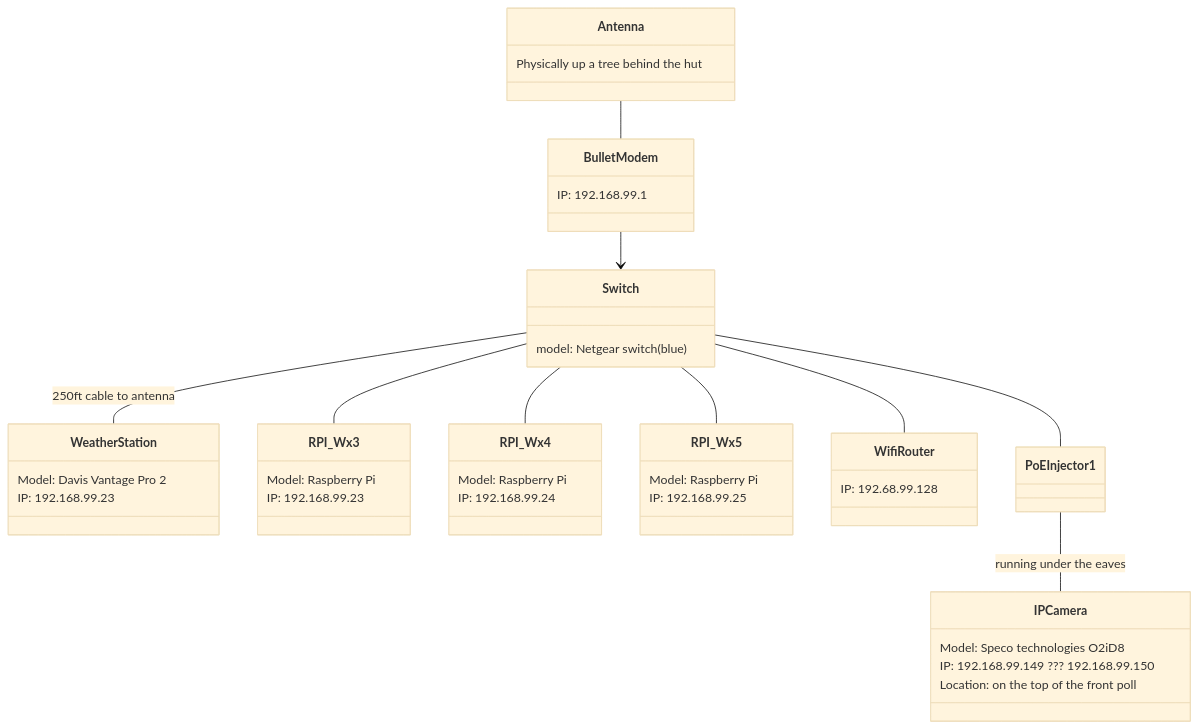
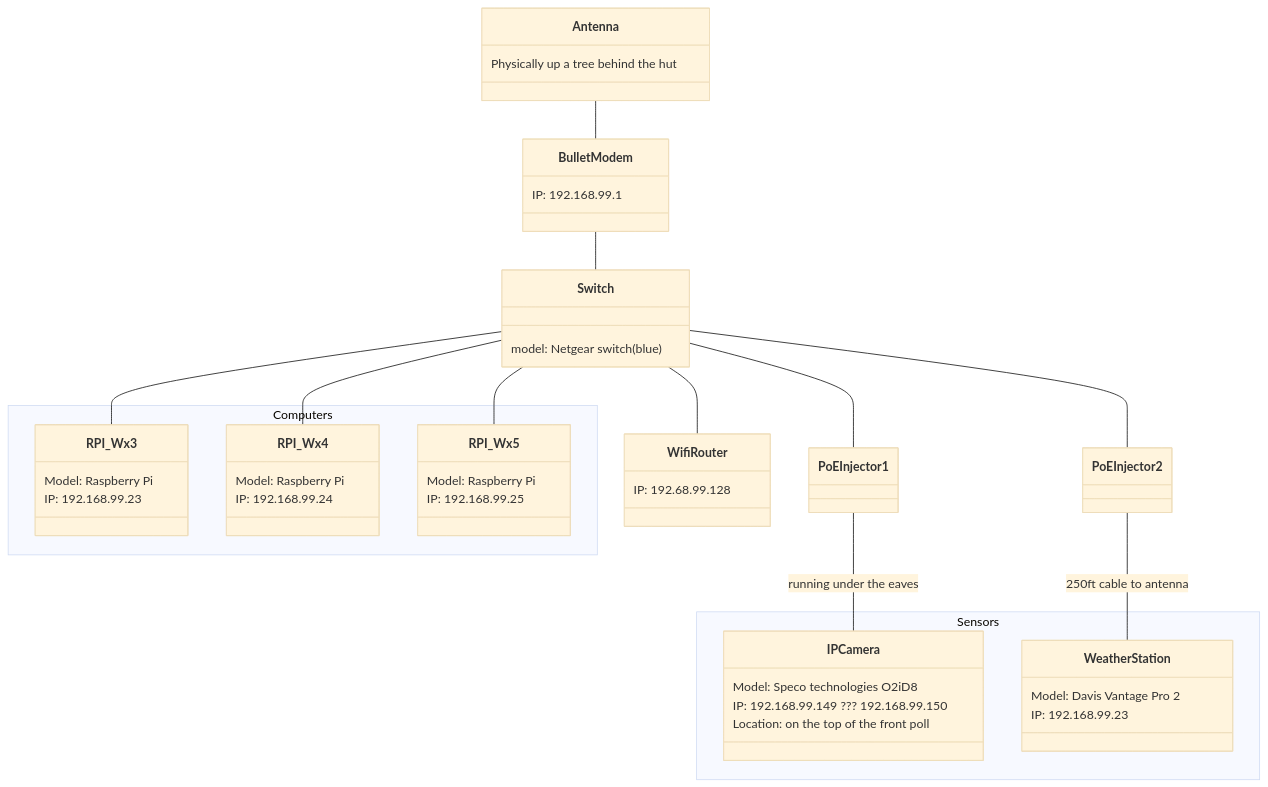
Before and after one commit to joram/accvi-5040-hut: the diagram in README.md, drawn with Mermaid (base theme). The commit also changed 15 other files, not shown here.

````diff
--- a/README.md
+++ b/README.md
@@ -14,58 +14,68 @@
 ```mermaid
 classDiagram
 class Antenna {
     Physically up a tree behind the hut
 }
 
 class BulletModem {
     IP: 192.168.99.1
 }
 
-class IPCamera {
-    Model: Speco technologies O2iD8
-    IP: 192.168.99.149 ??? 192.168.99.150
-    Location: on the top of the front poll
+namespace Sensors {
+
+    class IPCamera {
+        Model: Speco technologies O2iD8
+        IP: 192.168.99.149 ??? 192.168.99.150
+        Location: on the top of the front poll
+    }
+    
+    class WeatherStation {
+        Model: Davis Vantage Pro 2
+        IP: 192.168.99.23
+    }
 }
 
-class WeatherStation {
-    Model: Davis Vantage Pro 2
-    IP: 192.168.99.23
-}
-
-class RPI_Wx3 {
-    Model: Raspberry Pi
-    IP: 192.168.99.23
-}
-
-class RPI_Wx4 {
-    Model: Raspberry Pi
-    IP: 192.168.99.24
-}
-
-class RPI_Wx5 {
-    Model: Raspberry Pi
-    IP: 192.168.99.25
+namespace Computers {
+    class RPI_Wx3 {
+        Model: Raspberry Pi
+        IP: 192.168.99.23
+    }
+    
+    class RPI_Wx4 {
+        Model: Raspberry Pi
+        IP: 192.168.99.24
+    }
+    
+    class RPI_Wx5 {
+        Model: Raspberry Pi
+        IP: 192.168.99.25
+    }
 }
 
 class WifiRouter {
     IP: 192.68.99.128
 }
 
 class PoEInjector1 {
     
 }
 
+class PoEInjector2 {
+    
+}
+
 class Switch {
     model: Netgear switch (blue)
 }
 
 Antenna -- BulletModem
-BulletModem --> Switch
+BulletModem -- Switch
 Switch -- PoEInjector1
 PoEInjector1 -- IPCamera : running under the eaves
-Switch -- WeatherStation : 250ft cable to antenna
+Switch -- PoEInjector2
+PoEInjector2 -- WeatherStation : 250ft cable to antenna
 Switch -- RPI_Wx3
 Switch -- RPI_Wx4
 Switch -- RPI_Wx5
 Switch -- WifiRouter
 ```
````
